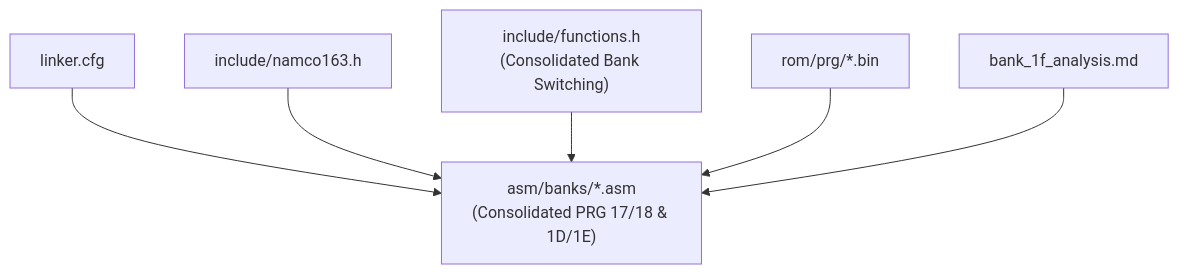
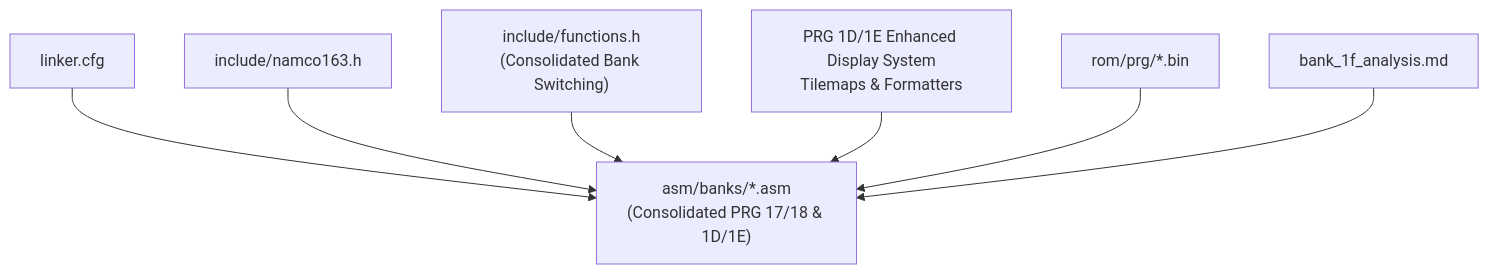
The third of 3 diagrams in .qoder/repowiki/en/content/Assembly Architecture/Bank Organization and Memory Layout.md (rabbyzero/sango2dasm), drawn with Mermaid before and after one commit. The commit also changed other lines of this file and 11 other files, not shown here.

````diff
--- a/.qoder/repowiki/en/content/Assembly Architecture/Bank Organization and Memory Layout.md
+++ b/.qoder/repowiki/en/content/Assembly Architecture/Bank Organization and Memory Layout.md
@@ -405,14 +462,16 @@
 ```mermaid
 graph TB
 LCFG["linker.cfg"]
 N163["include/namco163.h"]
 FUNCS["include/functions.h<br/>(Consolidated Bank Switching)"]
 STUBS["asm/banks/*.asm<br/>(Consolidated PRG 17/18 & 1D/1E)"]
+ENHANCED["PRG 1D/1E Enhanced Display System<br/>Tilemaps & Formatters"]
 ROM["rom/prg/*.bin"]
 BOOT["bank_1f_analysis.md"]
 LCFG --> STUBS
 N163 --> STUBS
 FUNCS --> STUBS
+ENHANCED --> STUBS
 ROM --> STUBS
 BOOT --> STUBS
 ```
````
